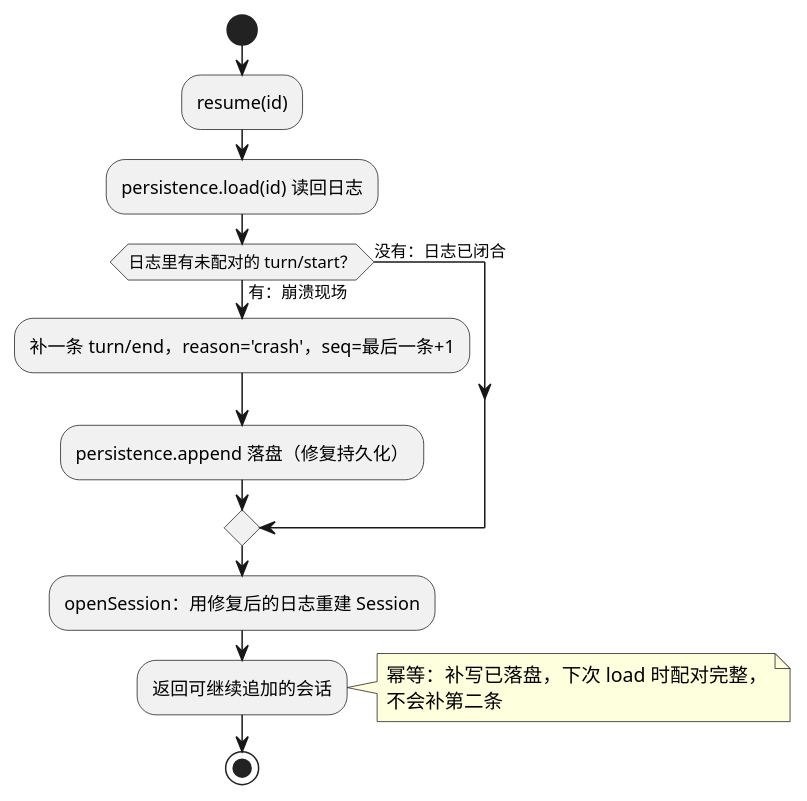
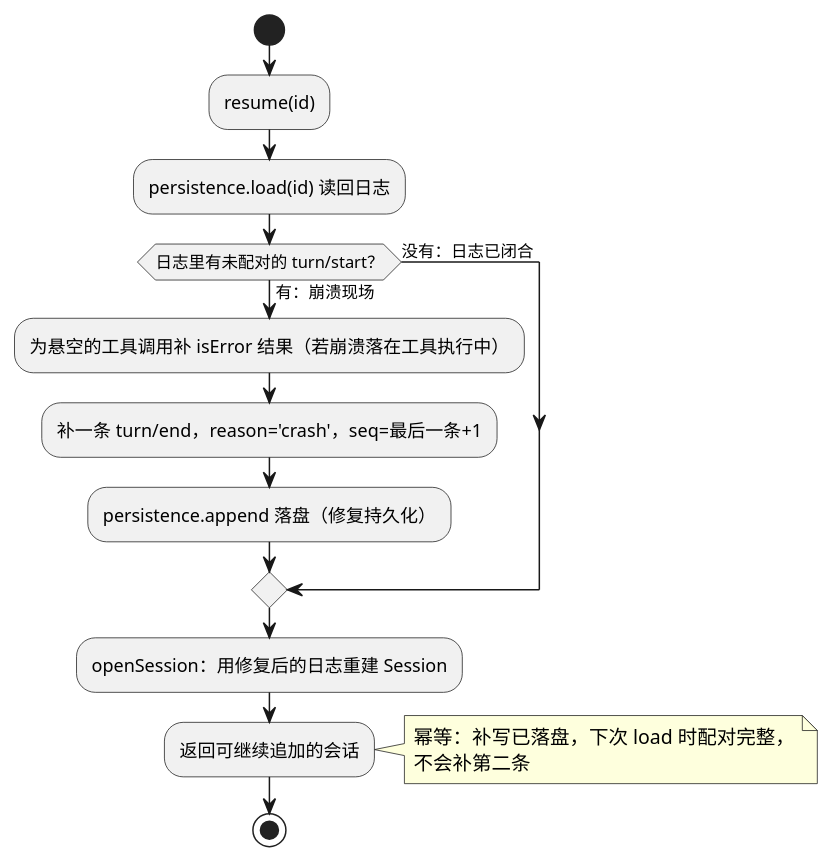
One commit to eric-song-dev/mini-deepseek-harness changed the fourth of 4 diagrams in docs/tutorials/M1-event-log.md. Above: the diagram before and after it, drawn with PlantUML. The commit also changed other lines of this file and 9 other files, not shown here.

````diff
--- a/docs/tutorials/M1-event-log.md
+++ b/docs/tutorials/M1-event-log.md
@@ -142,19 +142,20 @@
 ```plantuml
 @startuml
 start
 :resume(id);
 :persistence.load(id) 读回日志;
 if (日志里有未配对的 turn/start？) then (有：崩溃现场)
+  :为悬空的工具调用补 isError 结果（若崩溃落在工具执行中）;
   :补一条 turn/end，reason='crash'，seq=最后一条+1;
   :persistence.append 落盘（修复持久化）;
 else (没有：日志已闭合)
 endif
 :openSession：用修复后的日志重建 Session;
 :返回可继续追加的会话;
 note right
   幂等：补写已落盘，下次 load 时配对完整，
   不会补第二条
 end note
 stop
 @enduml
 ```
````
